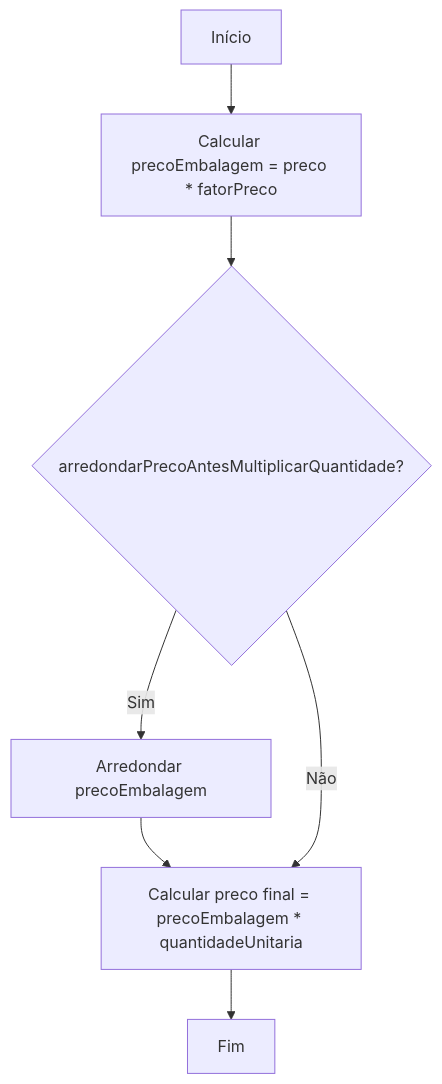
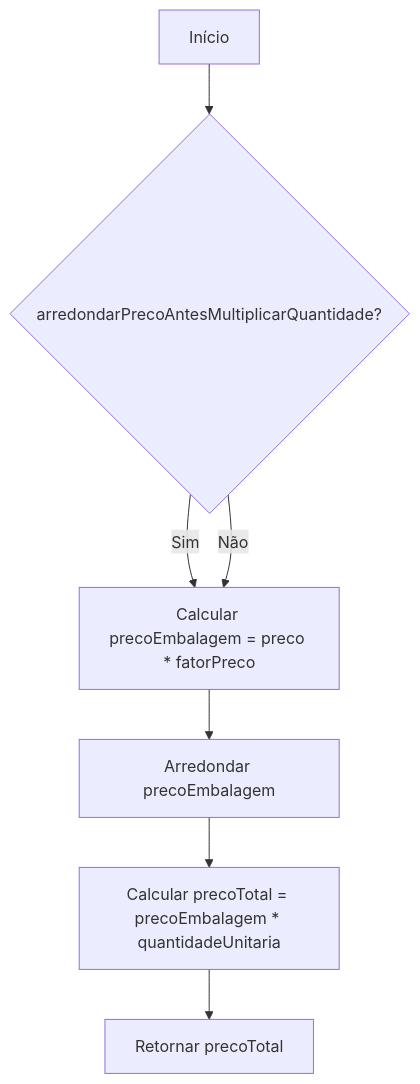
Before and after one commit to IsthmusSistemas/documentacao-tecnica: the first of 2 diagrams in docs/b2b-dominio/IsthmusWinthor.Nucleo/IsthmusWinthor.Dominio/EmbalagemUtil.md, drawn with Mermaid. The commit also changed other lines of this file and 882 other files, not shown here.

````diff
--- a/docs/b2b-dominio/IsthmusWinthor.Nucleo/IsthmusWinthor.Dominio/EmbalagemUtil.md
+++ b/docs/b2b-dominio/IsthmusWinthor.Nucleo/IsthmusWinthor.Dominio/EmbalagemUtil.md
@@ -20,9 +19,9 @@
 ```mermaid
 flowchart TD
-    A[Início] --> B[Calcular precoEmbalagem = preco * fatorPreco]
-    B --> C{arredondarPrecoAntesMultiplicarQuantidade?}
-    C -- Sim --> D[Arredondar precoEmbalagem]
-    D --> E[Calcular preco final = precoEmbalagem * quantidadeUnitaria]
-    C -- Não --> E
-    E --> F[Fim]
+    A[Início] --> B{arredondarPrecoAntesMultiplicarQuantidade?}
+    B -- Sim --> C[Calcular precoEmbalagem = preco * fatorPreco]
+    C --> D[Arredondar precoEmbalagem]
+    D --> E[Calcular precoTotal = precoEmbalagem * quantidadeUnitaria]
+    E --> F[Retornar precoTotal]
+    B -- Não --> C
 ```
````
